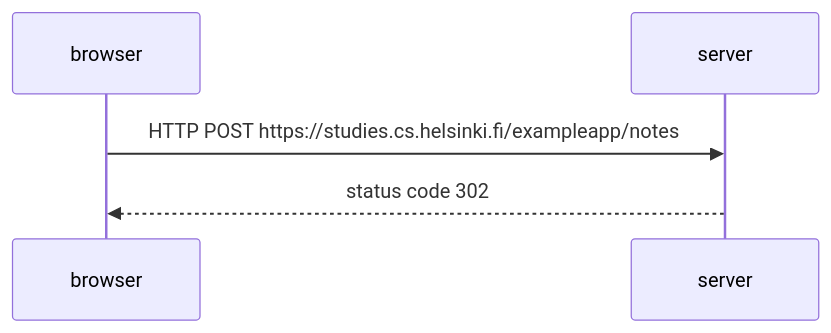
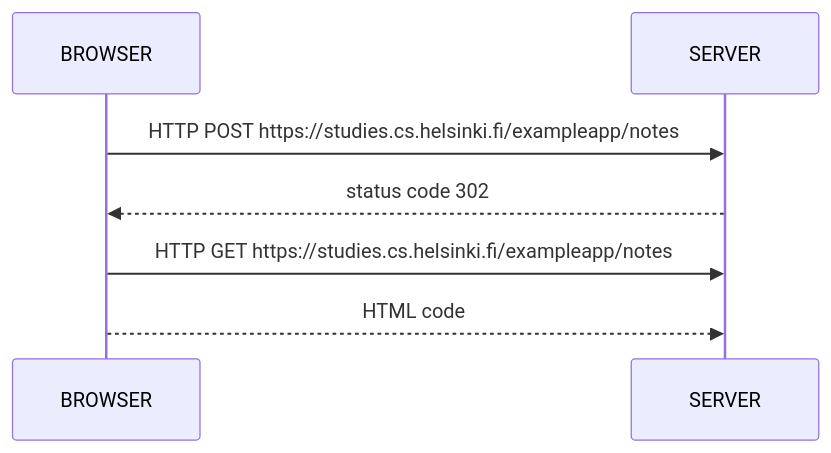
The diagram in readme.md (edugod/mermaid-markdown-learning), drawn with Mermaid before and after one commit.

````diff
--- a/readme.md
+++ b/readme.md
@@ -13,7 +13,9 @@
 ```mermaid
 sequenceDiagram
-    participant browser
-    participant server
-    browser->>server: HTTP POST https://studies.cs.helsinki.fi/exampleapp/notes
-    server-->>browser: status code 302
+    participant BROWSER
+    participant SERVER
+    BROWSER->>SERVER: HTTP POST https://studies.cs.helsinki.fi/exampleapp/notes
+    SERVER-->>BROWSER: status code 302
+    BROWSER->>SERVER: HTTP GET https://studies.cs.helsinki.fi/exampleapp/notes
+    BROWSER-->>SERVER: HTML code
 ```
````
